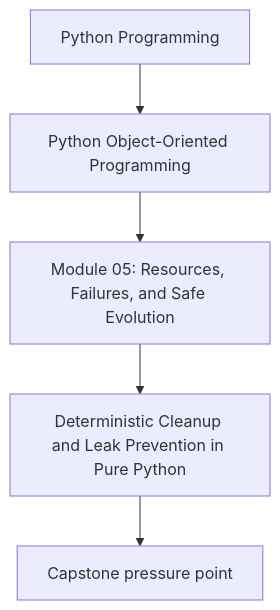
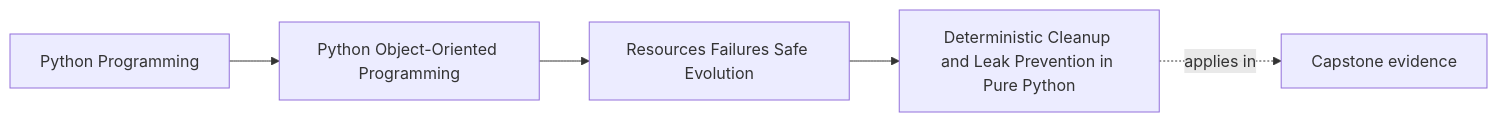
The first of 2 diagrams in programs/python-programming/python-object-oriented-programming/course-book/module-05-resources-failures-safe-evolution/deterministic-cleanup-and-leak-prevention.md (bijux/bijux-masterclass), drawn with Mermaid before and after one commit. The commit also changed other lines of this file and 103 other files, not shown here.

Commit message:
docs(python-object-oriented-programming): map sustainment and capstone surfaces

````diff
--- a/programs/python-programming/python-object-oriented-programming/course-book/module-05-resources-failures-safe-evolution/deterministic-cleanup-and-leak-prevention.md
+++ b/programs/python-programming/python-object-oriented-programming/course-book/module-05-resources-failures-safe-evolution/deterministic-cleanup-and-leak-prevention.md
@@ -7,7 +7,11 @@
 ```mermaid
-flowchart TD
-  family["Python Programming"] --> program["Python Object-Oriented Programming"]
-  program --> module["Module 05: Resources, Failures, and Safe Evolution"]
-  module --> concept["Deterministic Cleanup and Leak Prevention in Pure Python"]
-  concept --> capstone["Capstone pressure point"]
+graph LR
+  family["Python Programming"]
+  program["Python Object-Oriented Programming"]
+  section["Resources Failures Safe Evolution"]
+  page["Deterministic Cleanup and Leak Prevention in Pure Python"]
+  capstone["Capstone evidence"]
+
+  family --> program --> section --> page
+  page -.applies in.-> capstone
 ```
````
